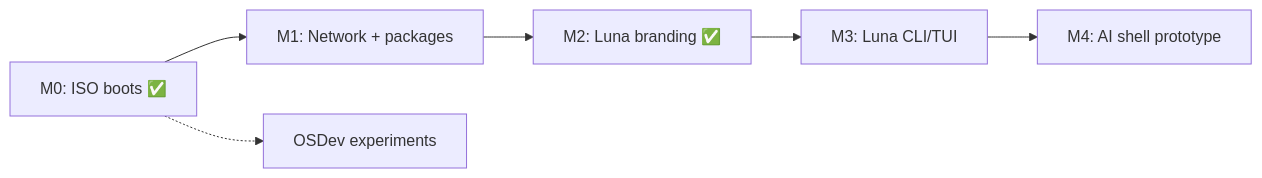
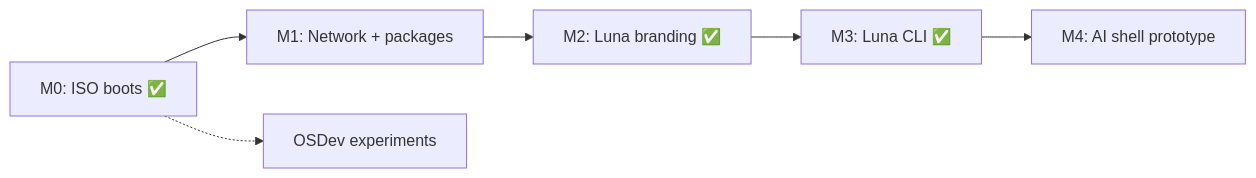
The diagram in docs/roadmap.md (c1cada3301-web/Luna), drawn with Mermaid before and after one commit. The commit also changed other lines of this file and 23 other files, not shown here.

First line of the commit message:
Luna 0.4.0: CLI, стабильный boot и документация UI.

````diff
--- a/docs/roadmap.md
+++ b/docs/roadmap.md
@@ -89,8 +93,8 @@
 ```mermaid
 flowchart LR
     M0[M0: ISO boots ✅] --> M1[M1: Network + packages]
     M1 --> M2[M2: Luna branding ✅]
-    M2 --> M3[M3: Luna CLI/TUI]
+    M2 --> M3[M3: Luna CLI ✅]
     M3 --> M4[M4: AI shell prototype]
     M0 -.-> OSDev[OSDev experiments]
 ```
````
